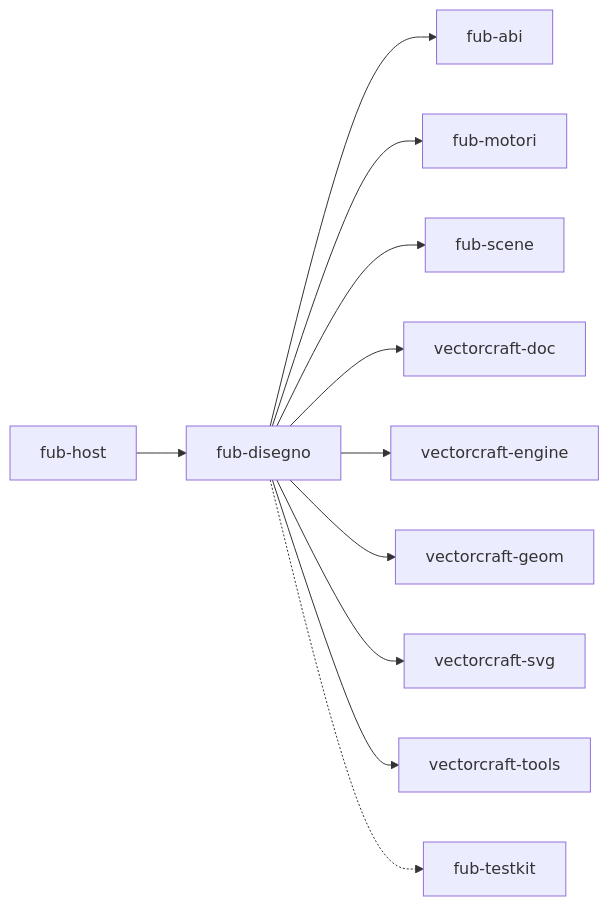
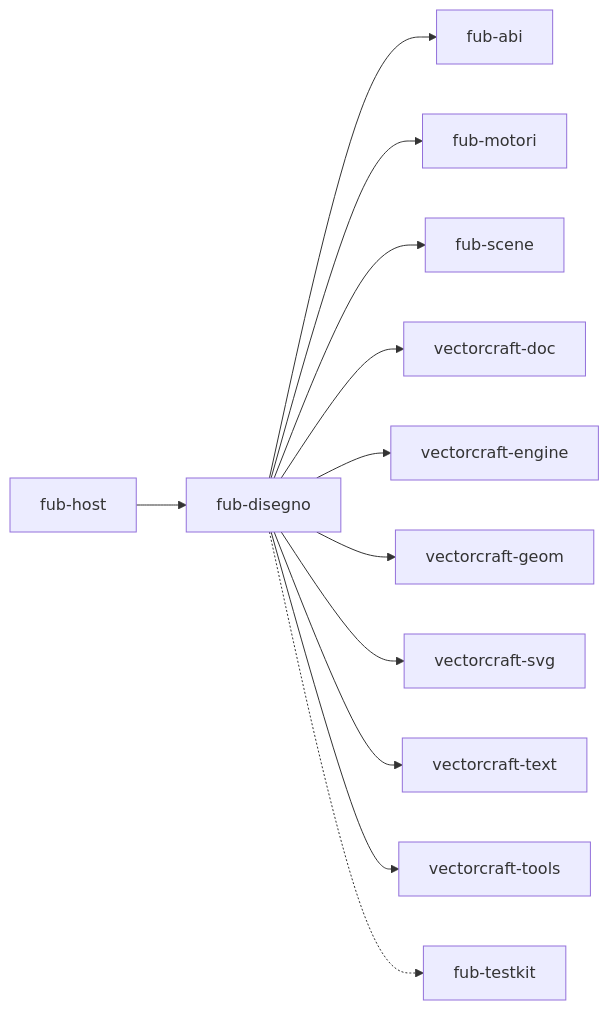
The second of 3 diagrams in docs/architecture/disegno.md (Fubeo/Fub), drawn with Mermaid before and after one commit. The commit also changed other lines of this file and 5 other files, not shown here.

````diff
--- a/docs/architecture/disegno.md
+++ b/docs/architecture/disegno.md
@@ -324,30 +322,32 @@
 ```mermaid
 flowchart LR
     %% @grafo-dipendenze
     %% Il seguito del grafo: fub-disegno, chi lo prende (l'host, con la
     %% feature `engine-drawing`), i crate di Fub da cui dipende e quelli di
     %% VectorCraft che nomina.
 
     host["fub-host"]
     disegno["fub-disegno"]
     abi["fub-abi"]
     motori["fub-motori"]
     scene["fub-scene"]
     testkit["fub-testkit"]
     vdoc["vectorcraft-doc"]
     vengine["vectorcraft-engine"]
     vgeom["vectorcraft-geom"]
     vsvg["vectorcraft-svg"]
+    vtext["vectorcraft-text"]
     vtools["vectorcraft-tools"]
 
     host --> disegno
     disegno --> abi
     disegno --> motori
     disegno --> scene
     disegno --> vdoc
     disegno --> vengine
     disegno --> vgeom
     disegno --> vsvg
+    disegno --> vtext
     disegno --> vtools
     disegno -.-> testkit
 ```
````
